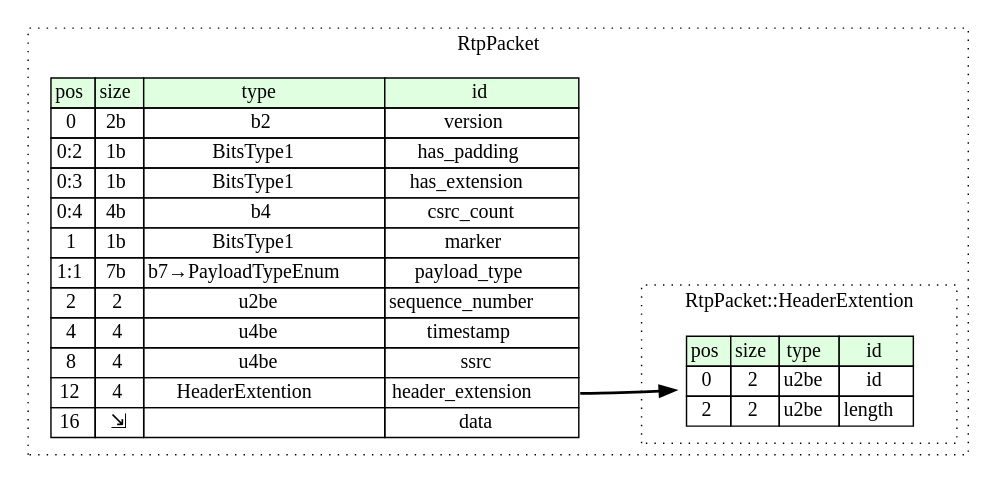
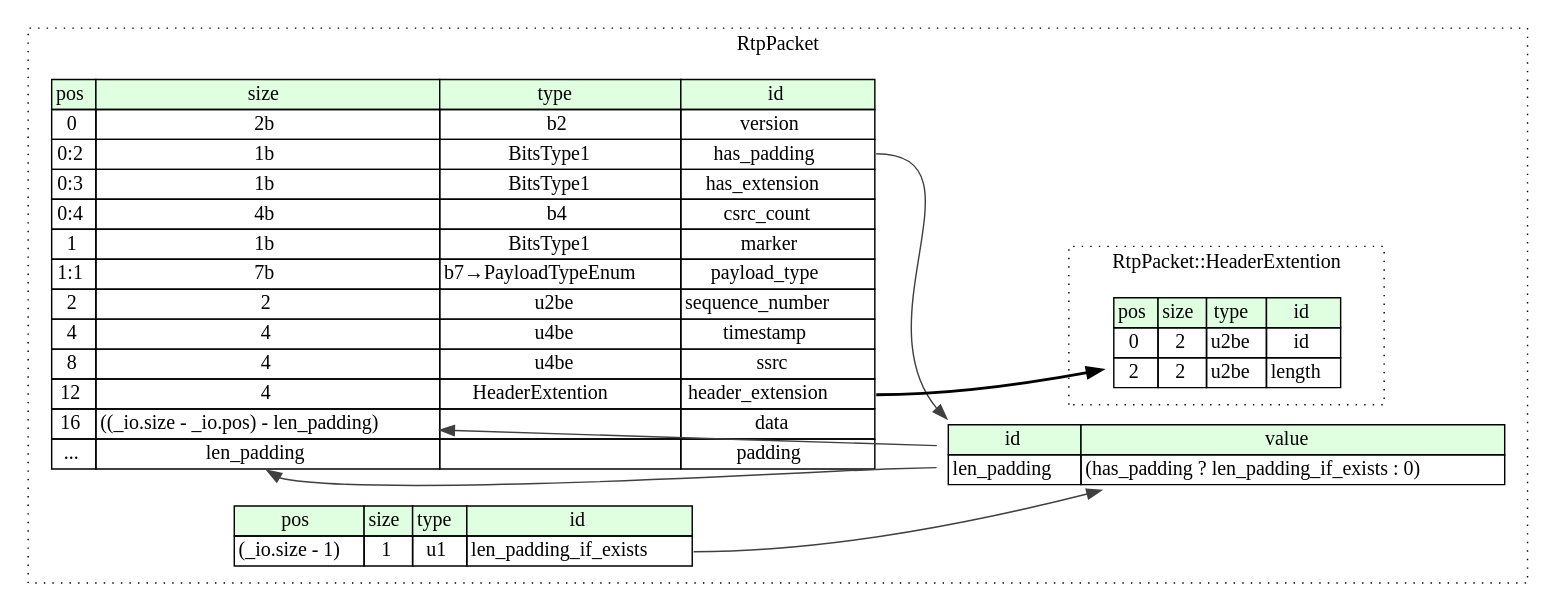
Before and after one commit to kaitai-io/formats-kaitai-io.github.io: the diagram in rtp_packet/src/graphviz/rtp_packet.dot, drawn with Graphviz. The commit also changed 22 other files, not shown here.

```diff
--- a/rtp_packet/src/graphviz/rtp_packet.dot
+++ b/rtp_packet/src/graphviz/rtp_packet.dot
@@ -1,34 +1,47 @@
 digraph {
 	rankdir=LR;
 	node [shape=plaintext];
 	subgraph cluster__rtp_packet {
 		label="RtpPacket";
 		graph[style=dotted];
 
 		rtp_packet__seq [label=<<TABLE BORDER="0" CELLBORDER="1" CELLSPACING="0">
 			<TR><TD BGCOLOR="#E0FFE0">pos</TD><TD BGCOLOR="#E0FFE0">size</TD><TD BGCOLOR="#E0FFE0">type</TD><TD BGCOLOR="#E0FFE0">id</TD></TR>
 			<TR><TD PORT="version_pos">0</TD><TD PORT="version_size">2b</TD><TD>b2</TD><TD PORT="version_type">version</TD></TR>
 			<TR><TD PORT="has_padding_pos">0:2</TD><TD PORT="has_padding_size">1b</TD><TD>BitsType1</TD><TD PORT="has_padding_type">has_padding</TD></TR>
 			<TR><TD PORT="has_extension_pos">0:3</TD><TD PORT="has_extension_size">1b</TD><TD>BitsType1</TD><TD PORT="has_extension_type">has_extension</TD></TR>
 			<TR><TD PORT="csrc_count_pos">0:4</TD><TD PORT="csrc_count_size">4b</TD><TD>b4</TD><TD PORT="csrc_count_type">csrc_count</TD></TR>
 			<TR><TD PORT="marker_pos">1</TD><TD PORT="marker_size">1b</TD><TD>BitsType1</TD><TD PORT="marker_type">marker</TD></TR>
 			<TR><TD PORT="payload_type_pos">1:1</TD><TD PORT="payload_type_size">7b</TD><TD>b7→PayloadTypeEnum</TD><TD PORT="payload_type_type">payload_type</TD></TR>
 			<TR><TD PORT="sequence_number_pos">2</TD><TD PORT="sequence_number_size">2</TD><TD>u2be</TD><TD PORT="sequence_number_type">sequence_number</TD></TR>
 			<TR><TD PORT="timestamp_pos">4</TD><TD PORT="timestamp_size">4</TD><TD>u4be</TD><TD PORT="timestamp_type">timestamp</TD></TR>
 			<TR><TD PORT="ssrc_pos">8</TD><TD PORT="ssrc_size">4</TD><TD>u4be</TD><TD PORT="ssrc_type">ssrc</TD></TR>
 			<TR><TD PORT="header_extension_pos">12</TD><TD PORT="header_extension_size">4</TD><TD>HeaderExtention</TD><TD PORT="header_extension_type">header_extension</TD></TR>
-			<TR><TD PORT="data_pos">16</TD><TD PORT="data_size">⇲</TD><TD></TD><TD PORT="data_type">data</TD></TR>
+			<TR><TD PORT="data_pos">16</TD><TD PORT="data_size">((_io.size - _io.pos) - len_padding)</TD><TD></TD><TD PORT="data_type">data</TD></TR>
+			<TR><TD PORT="padding_pos">...</TD><TD PORT="padding_size">len_padding</TD><TD></TD><TD PORT="padding_type">padding</TD></TR>
+		</TABLE>>];
+		rtp_packet__inst__len_padding_if_exists [label=<<TABLE BORDER="0" CELLBORDER="1" CELLSPACING="0">
+			<TR><TD BGCOLOR="#E0FFE0">pos</TD><TD BGCOLOR="#E0FFE0">size</TD><TD BGCOLOR="#E0FFE0">type</TD><TD BGCOLOR="#E0FFE0">id</TD></TR>
+			<TR><TD PORT="len_padding_if_exists_pos">(_io.size - 1)</TD><TD PORT="len_padding_if_exists_size">1</TD><TD>u1</TD><TD PORT="len_padding_if_exists_type">len_padding_if_exists</TD></TR>
+		</TABLE>>];
+		rtp_packet__inst__len_padding [label=<<TABLE BORDER="0" CELLBORDER="1" CELLSPACING="0">
+			<TR><TD BGCOLOR="#E0FFE0">id</TD><TD BGCOLOR="#E0FFE0">value</TD></TR>
+			<TR><TD>len_padding</TD><TD>(has_padding ? len_padding_if_exists : 0)</TD></TR>
 		</TABLE>>];
 		subgraph cluster__header_extention {
 			label="RtpPacket::HeaderExtention";
 			graph[style=dotted];
 
 			header_extention__seq [label=<<TABLE BORDER="0" CELLBORDER="1" CELLSPACING="0">
 				<TR><TD BGCOLOR="#E0FFE0">pos</TD><TD BGCOLOR="#E0FFE0">size</TD><TD BGCOLOR="#E0FFE0">type</TD><TD BGCOLOR="#E0FFE0">id</TD></TR>
 				<TR><TD PORT="id_pos">0</TD><TD PORT="id_size">2</TD><TD>u2be</TD><TD PORT="id_type">id</TD></TR>
 				<TR><TD PORT="length_pos">2</TD><TD PORT="length_size">2</TD><TD>u2be</TD><TD PORT="length_type">length</TD></TR>
 			</TABLE>>];
 		}
 	}
 	rtp_packet__seq:header_extension_type -> header_extention__seq [style=bold];
+	rtp_packet__inst__len_padding:len_padding_type -> rtp_packet__seq:data_size [color="#404040"];
+	rtp_packet__inst__len_padding:len_padding_type -> rtp_packet__seq:padding_size [color="#404040"];
+	rtp_packet__seq:has_padding_type -> rtp_packet__inst__len_padding [color="#404040"];
+	rtp_packet__inst__len_padding_if_exists:len_padding_if_exists_type -> rtp_packet__inst__len_padding [color="#404040"];
 }
```
